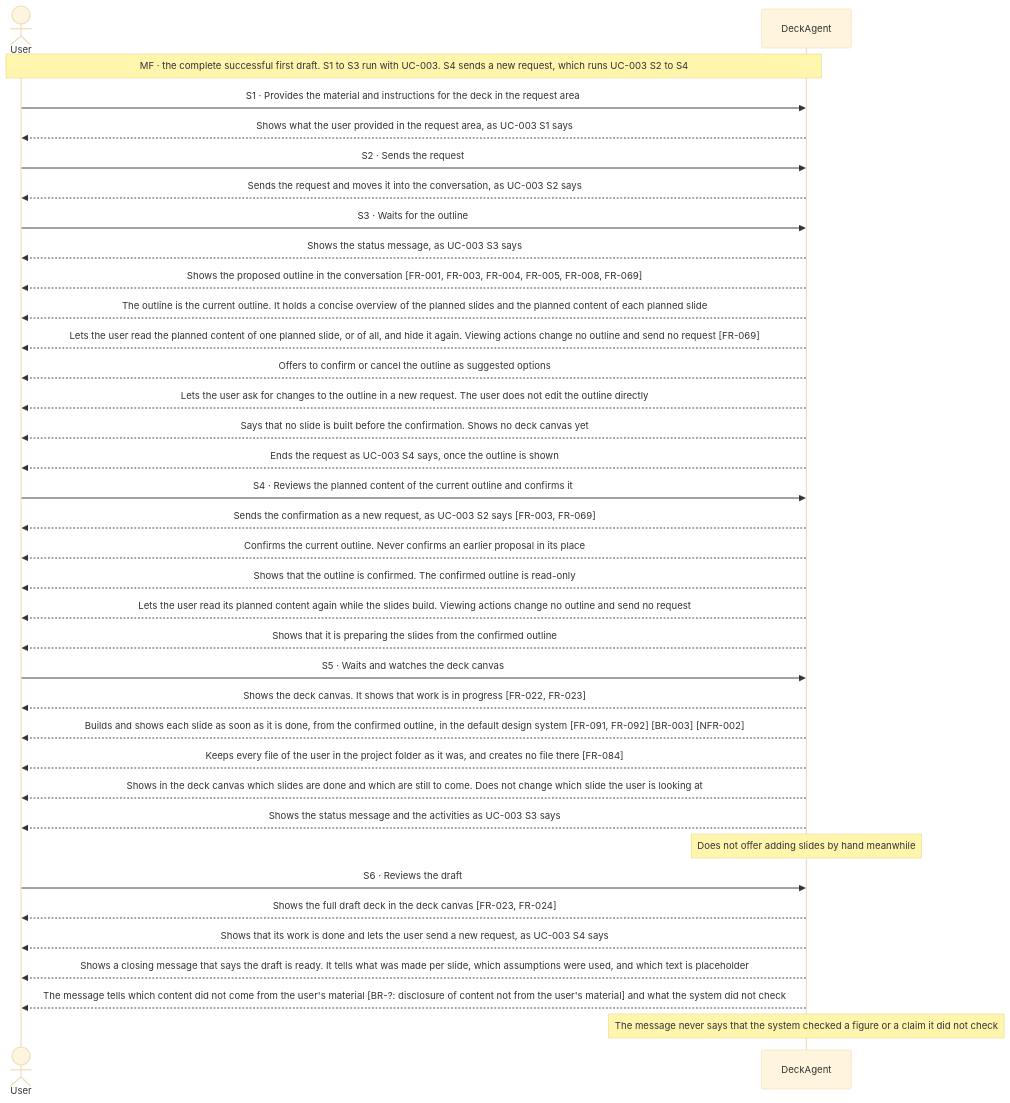
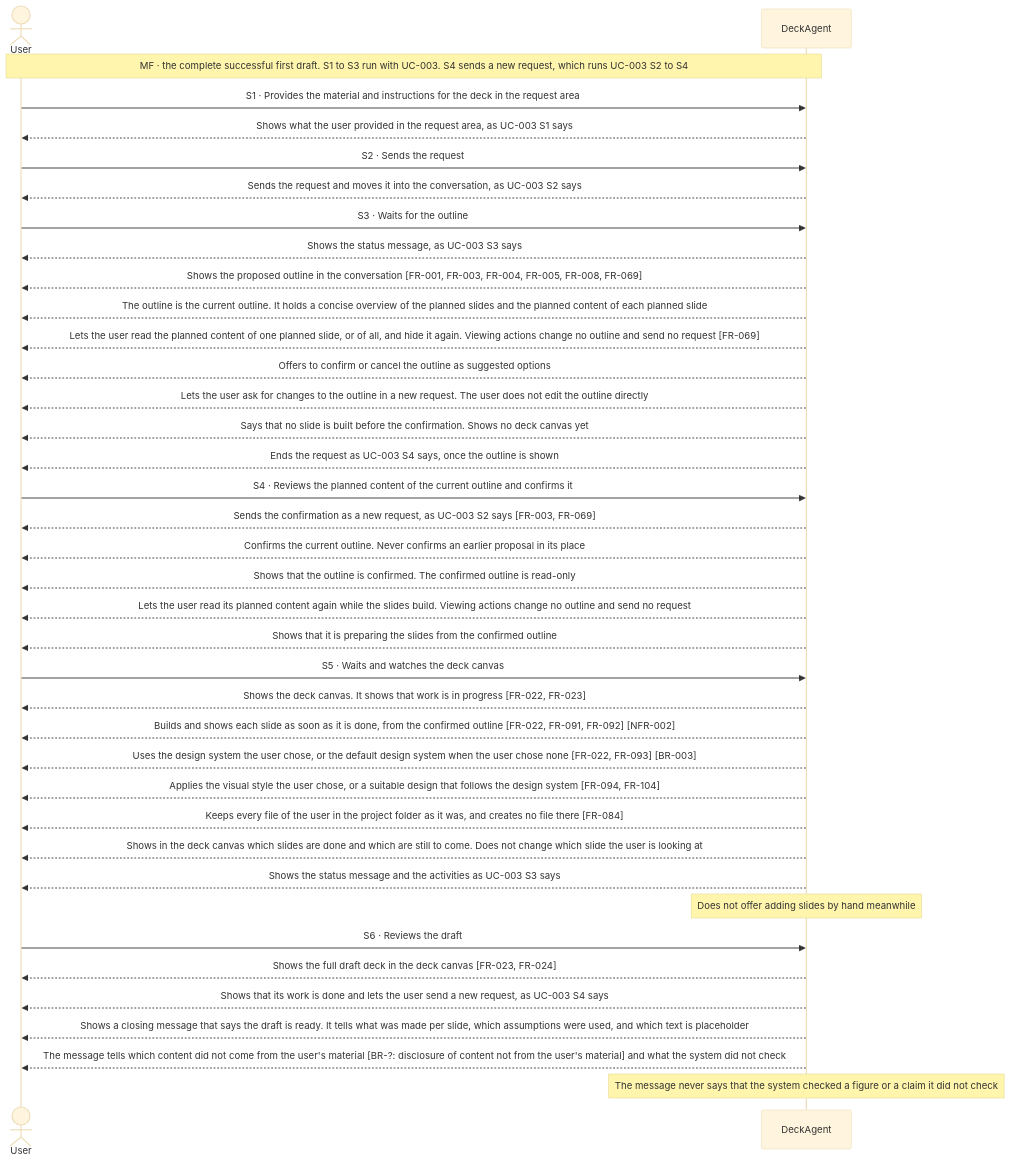
One commit to Luke23127006/DeckAgent changed the first of 27 diagrams in docs/spec/03-use-cases/UC-001.md. Above: the diagram before and after it, drawn with Mermaid (base theme). The commit also changed other lines of this file and 31 other files, not shown here.

Commit message:
docs(spec): define independent design systems and visual styles

````diff
--- a/docs/spec/03-use-cases/UC-001.md
+++ b/docs/spec/03-use-cases/UC-001.md
@@ -44,38 +46,40 @@
 ```mermaid
 sequenceDiagram
     actor User
     participant DeckAgent
     Note over User,DeckAgent: MF · the complete successful first draft. S1 to S3 run with UC-003. S4 sends a new request, which runs UC-003 S2 to S4
     User->>DeckAgent: S1 · Provides the material and instructions for the deck in the request area
     DeckAgent-->>User: Shows what the user provided in the request area, as UC-003 S1 says
     User->>DeckAgent: S2 · Sends the request
     DeckAgent-->>User: Sends the request and moves it into the conversation, as UC-003 S2 says
     User->>DeckAgent: S3 · Waits for the outline
     DeckAgent-->>User: Shows the status message, as UC-003 S3 says
     DeckAgent-->>User: Shows the proposed outline in the conversation [FR-001, FR-003, FR-004, FR-005, FR-008, FR-069]
     DeckAgent-->>User: The outline is the current outline. It holds a concise overview of the planned slides and the planned content of each planned slide
     DeckAgent-->>User: Lets the user read the planned content of one planned slide, or of all, and hide it again. Viewing actions change no outline and send no request [FR-069]
     DeckAgent-->>User: Offers to confirm or cancel the outline as suggested options
     DeckAgent-->>User: Lets the user ask for changes to the outline in a new request. The user does not edit the outline directly
     DeckAgent-->>User: Says that no slide is built before the confirmation. Shows no deck canvas yet
     DeckAgent-->>User: Ends the request as UC-003 S4 says, once the outline is shown
     User->>DeckAgent: S4 · Reviews the planned content of the current outline and confirms it
     DeckAgent-->>User: Sends the confirmation as a new request, as UC-003 S2 says [FR-003, FR-069]
     DeckAgent-->>User: Confirms the current outline. Never confirms an earlier proposal in its place
     DeckAgent-->>User: Shows that the outline is confirmed. The confirmed outline is read-only
     DeckAgent-->>User: Lets the user read its planned content again while the slides build. Viewing actions change no outline and send no request
     DeckAgent-->>User: Shows that it is preparing the slides from the confirmed outline
     User->>DeckAgent: S5 · Waits and watches the deck canvas
     DeckAgent-->>User: Shows the deck canvas. It shows that work is in progress [FR-022, FR-023]
-    DeckAgent-->>User: Builds and shows each slide as soon as it is done, from the confirmed outline, in the default design system [FR-091, FR-092] [BR-003] [NFR-002]
+    DeckAgent-->>User: Builds and shows each slide as soon as it is done, from the confirmed outline [FR-022, FR-091, FR-092] [NFR-002]
+    DeckAgent-->>User: Uses the design system the user chose, or the default design system when the user chose none [FR-022, FR-093] [BR-003]
+    DeckAgent-->>User: Applies the visual style the user chose, or a suitable design that follows the design system [FR-094, FR-104]
     DeckAgent-->>User: Keeps every file of the user in the project folder as it was, and creates no file there [FR-084]
     DeckAgent-->>User: Shows in the deck canvas which slides are done and which are still to come. Does not change which slide the user is looking at
     DeckAgent-->>User: Shows the status message and the activities as UC-003 S3 says
     note over DeckAgent: Does not offer adding slides by hand meanwhile
     User->>DeckAgent: S6 · Reviews the draft
     DeckAgent-->>User: Shows the full draft deck in the deck canvas [FR-023, FR-024]
     DeckAgent-->>User: Shows that its work is done and lets the user send a new request, as UC-003 S4 says
     DeckAgent-->>User: Shows a closing message that says the draft is ready. It tells what was made per slide, which assumptions were used, and which text is placeholder
     DeckAgent-->>User: The message tells which content did not come from the user's material [BR-?: disclosure of content not from the user's material] and what the system did not check
     note over DeckAgent: The message never says that the system checked a figure or a claim it did not check
 ```
````
